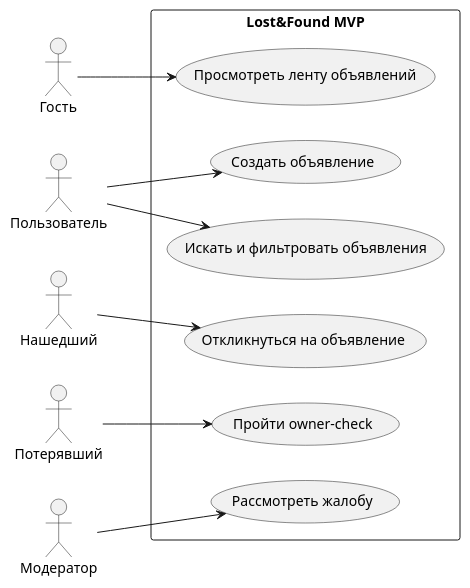
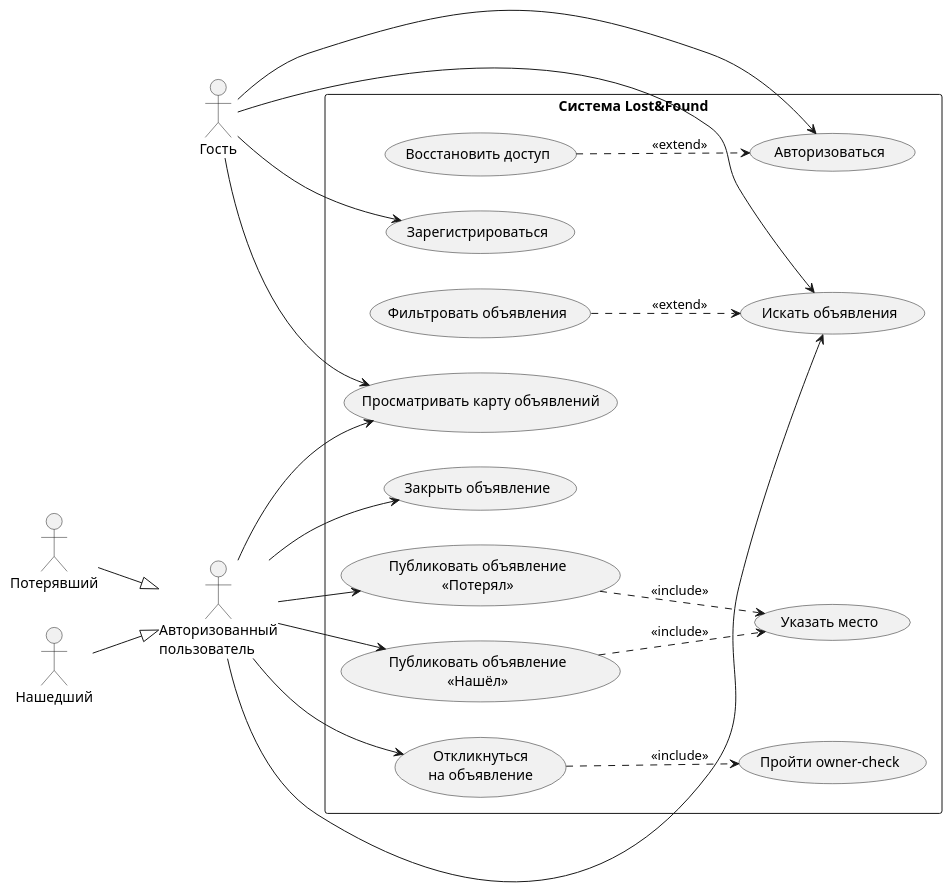
The diagram in my-website/docs/diagrams/use-case.md (LizaErdakova/lostfound-docs), drawn with PlantUML before and after one commit. The commit also changed other lines of this file and 1 other file, not shown here.

Commit message:
UML: отрисовала диаграммы через PlantUML

````diff
--- a/my-website/docs/diagrams/use-case.md
+++ b/my-website/docs/diagrams/use-case.md
@@ -17,18 +13,47 @@
 ```plantuml Use Case Lost&Found
 @startuml
 left to right direction
+skinparam packageStyle rectangle
+
 actor "Гость" as Guest
-actor "Пользователь" as User
+actor "Авторизованный\nпользователь" as AuthUser
+actor "Потерявший" as Owner
 actor "Нашедший" as Finder
-actor "Потерявший" as Owner
-actor "Модератор" as Moderator
-rectangle "Lost&Found MVP" {
-  Guest --> (Просмотреть ленту объявлений)
-  User --> (Создать объявление)
-  User --> (Искать и фильтровать объявления)
-  Finder --> (Откликнуться на объявление)
-  Owner --> (Пройти owner-check)
-  Moderator --> (Рассмотреть жалобу)
+
+Owner --|> AuthUser
+Finder --|> AuthUser
+
+rectangle "Система Lost&Found" {
+  usecase "Авторизоваться" as Login
+  usecase "Восстановить доступ" as Restore
+  usecase "Зарегистрироваться" as Register
+  usecase "Просматривать карту объявлений" as Map
+  usecase "Искать объявления" as Search
+  usecase "Фильтровать объявления" as Filter
+  usecase "Публиковать объявление\n«Потерял»" as PublishLost
+  usecase "Публиковать объявление\n«Нашёл»" as PublishFound
+  usecase "Указать место" as SetPlace
+  usecase "Откликнуться\nна объявление" as Respond
+  usecase "Пройти owner-check" as OwnerCheck
+  usecase "Закрыть объявление" as CloseAd
 }
+
+Guest --> Login
+Guest --> Register
+Guest --> Map
+Guest --> Search
+
+AuthUser --> Map
+AuthUser --> Search
+AuthUser --> PublishLost
+AuthUser --> PublishFound
+AuthUser --> Respond
+AuthUser --> CloseAd
+
+Restore ..> Login : <<extend>>
+Filter ..> Search : <<extend>>
+PublishLost ..> SetPlace : <<include>>
+PublishFound ..> SetPlace : <<include>>
+Respond ..> OwnerCheck : <<include>>
 @enduml
 ```
````
